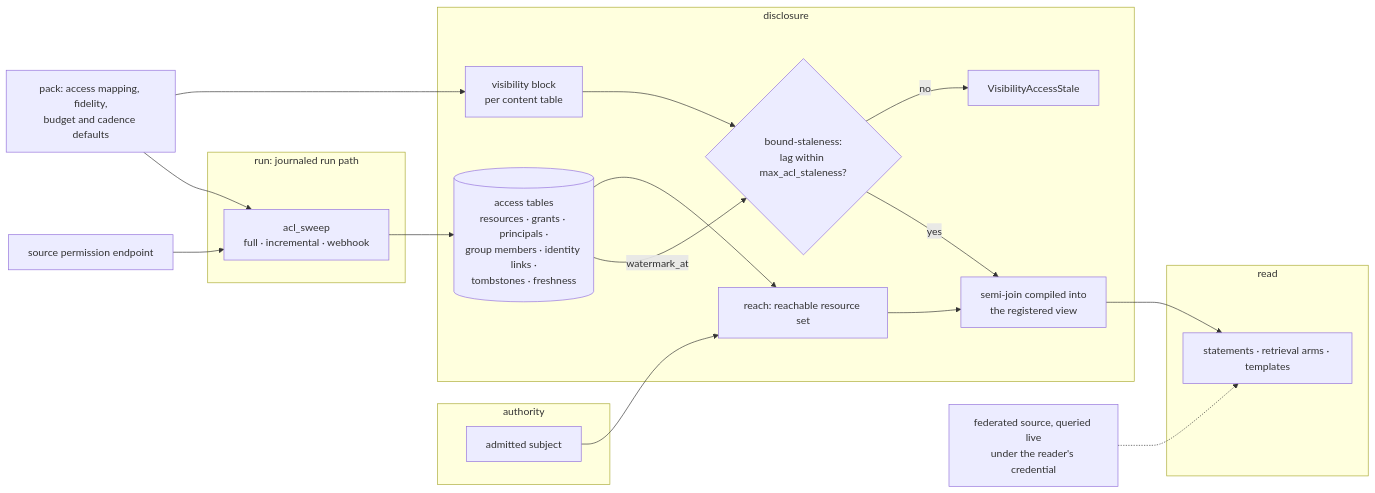
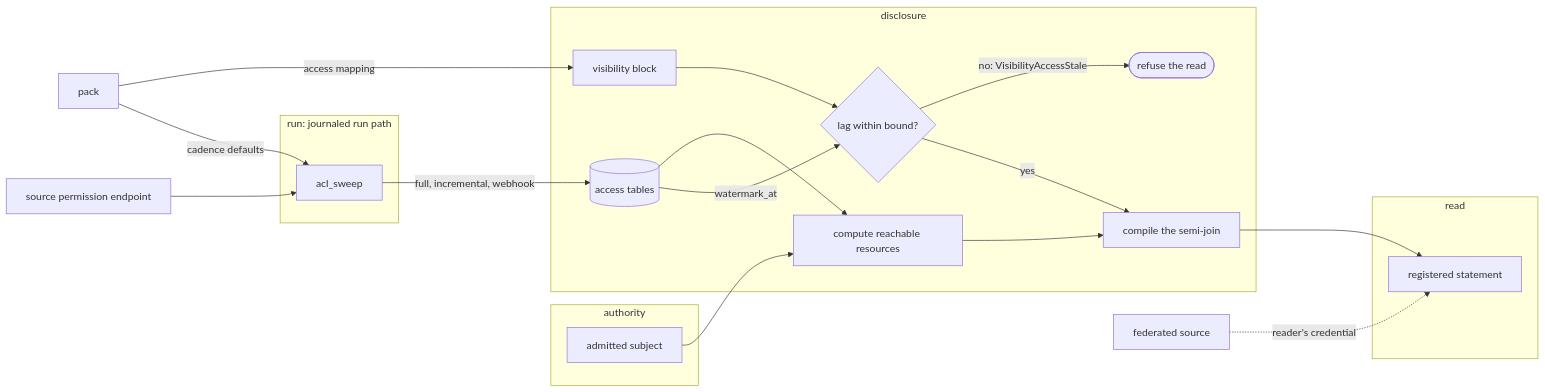
The first of 3 diagrams in spec/60-visibility.md (fractalboxdev/contextful), drawn with Mermaid before and after one commit. The commit also changed other lines of this file and 24 other files, not shown here.

First line of the commit message:
spec: every flowchart draws one entity or process per node

````diff
--- a/spec/60-visibility.md
+++ b/spec/60-visibility.md
@@ -21,36 +21,36 @@
 ```mermaid
 flowchart LR
-  PACK["pack: access mapping, fidelity,<br/>budget and cadence defaults"]
+  PACK["pack"]
   SRC["source permission endpoint"]
-  FED["federated source, queried live<br/>under the reader's credential"]
+  FED["federated source"]
   subgraph RUN["run: journaled run path"]
-    SWEEP["acl_sweep<br/>full · incremental · webhook"]
+    SWEEP["acl_sweep"]
   end
   subgraph AUTH["authority"]
     AA["admitted subject"]
   end
   subgraph DISC["disclosure"]
-    VB["visibility block<br/>per content table"]
-    AT[("access tables<br/>resources · grants · principals ·<br/>group members · identity links ·<br/>tombstones · freshness")]
-    REACH["reach: reachable resource set"]
-    STALE{"bound-staleness:<br/>lag within max_acl_staleness?"}
-    DEG["VisibilityAccessStale"]
-    SJ["semi-join compiled into<br/>the registered view"]
+    VB["visibility block"]
+    AT[("access tables")]
+    REACH["compute reachable resources"]
+    STALE{"lag within bound?"}
+    DEG(["refuse the read"])
+    SJ["compile the semi-join"]
   end
   subgraph READ["read"]
-    RS["statements · retrieval arms · templates"]
+    RS["registered statement"]
   end
-  PACK --> VB
-  PACK --> SWEEP
+  PACK -- "access mapping" --> VB
+  PACK -- "cadence defaults" --> SWEEP
   SRC --> SWEEP
-  SWEEP --> AT
+  SWEEP -- "full, incremental, webhook" --> AT
   AA --> REACH
   AT --> REACH
   AT -- "watermark_at" --> STALE
   VB --> STALE
-  STALE -- no --> DEG
+  STALE -- "no: VisibilityAccessStale" --> DEG
   STALE -- yes --> SJ
   REACH --> SJ
   SJ --> RS
-  FED -.-> RS
+  FED -. "reader's credential" .-> RS
 ```
````
